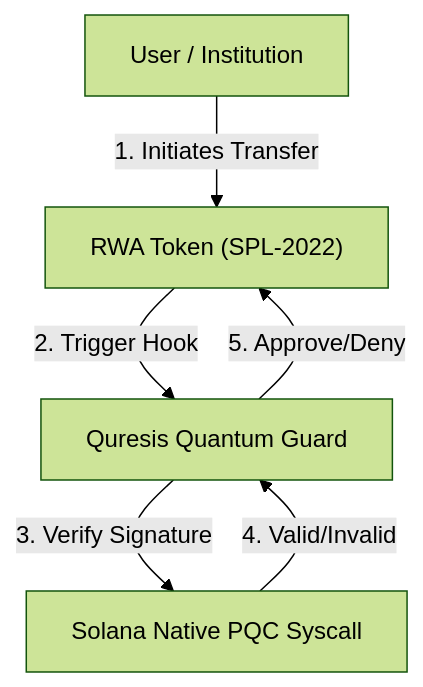
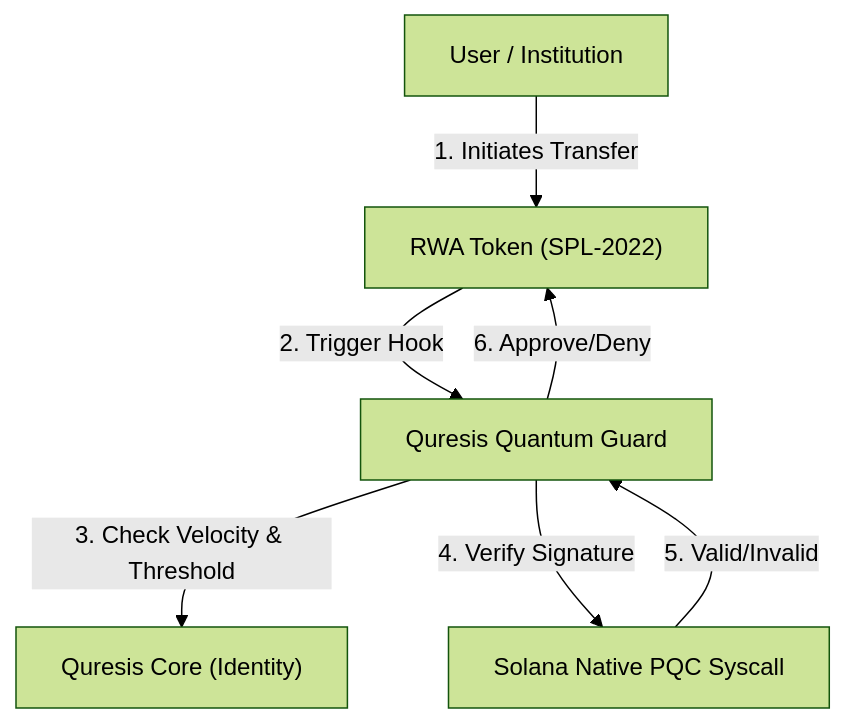
Before and after one commit to minerva-id/quresis-core: the diagram in README.md, drawn with Mermaid (forest theme). The commit also changed other lines of this file and 6 other files, not shown here.

````diff
--- a/README.md
+++ b/README.md
@@ -49,8 +49,9 @@
 ```mermaid
 graph TD
     User["User / Institution"] -->|1. Initiates Transfer| Token["RWA Token (SPL-2022)"]
     Token -->|2. Trigger Hook| Guard["Quresis Quantum Guard"]
-    Guard -->|3. Verify Signature| Syscall["Solana Native PQC Syscall"]
-    Syscall -->|4. Valid/Invalid| Guard
-    Guard -->|5. Approve/Deny| Token
+    Guard -->|3. Check Velocity & Threshold| QuresisCore["Quresis Core (Identity)"]
+    Guard -->|4. Verify Signature| Syscall["Solana Native PQC Syscall"]
+    Syscall -->|5. Valid/Invalid| Guard
+    Guard -->|6. Approve/Deny| Token
 ```
````
